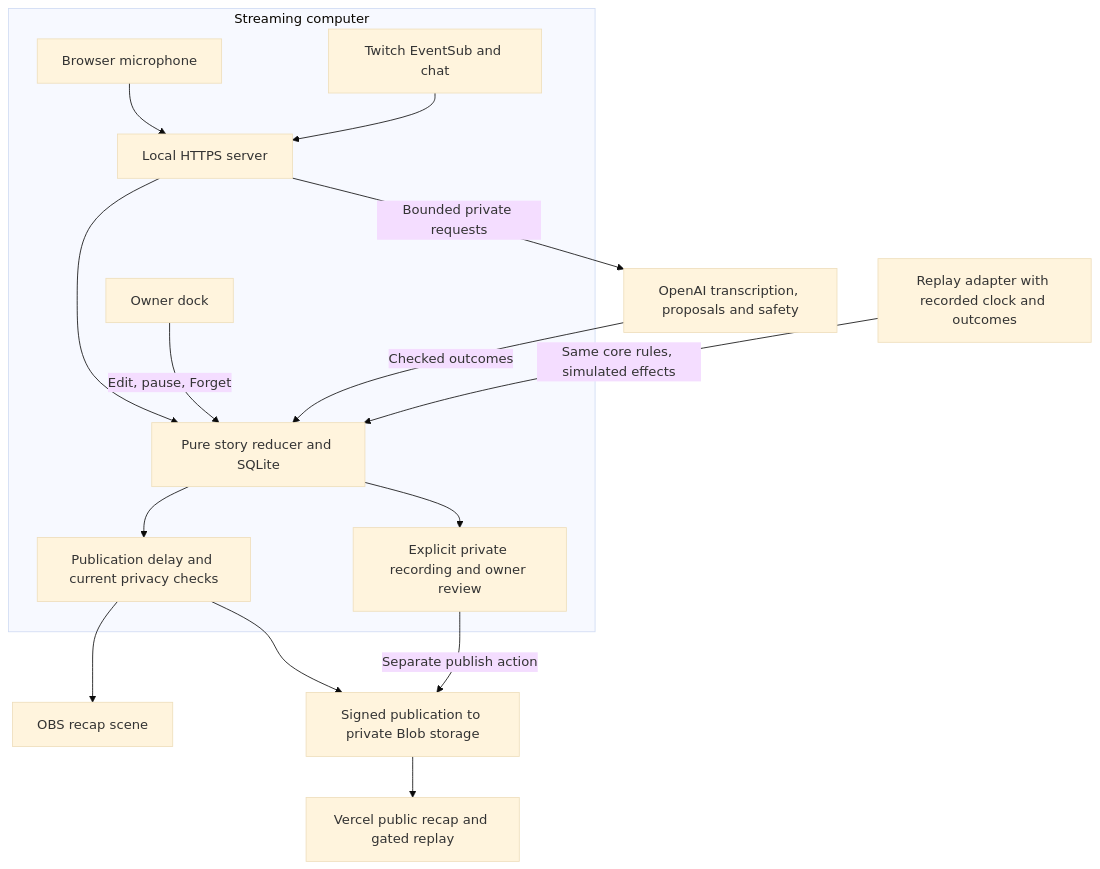
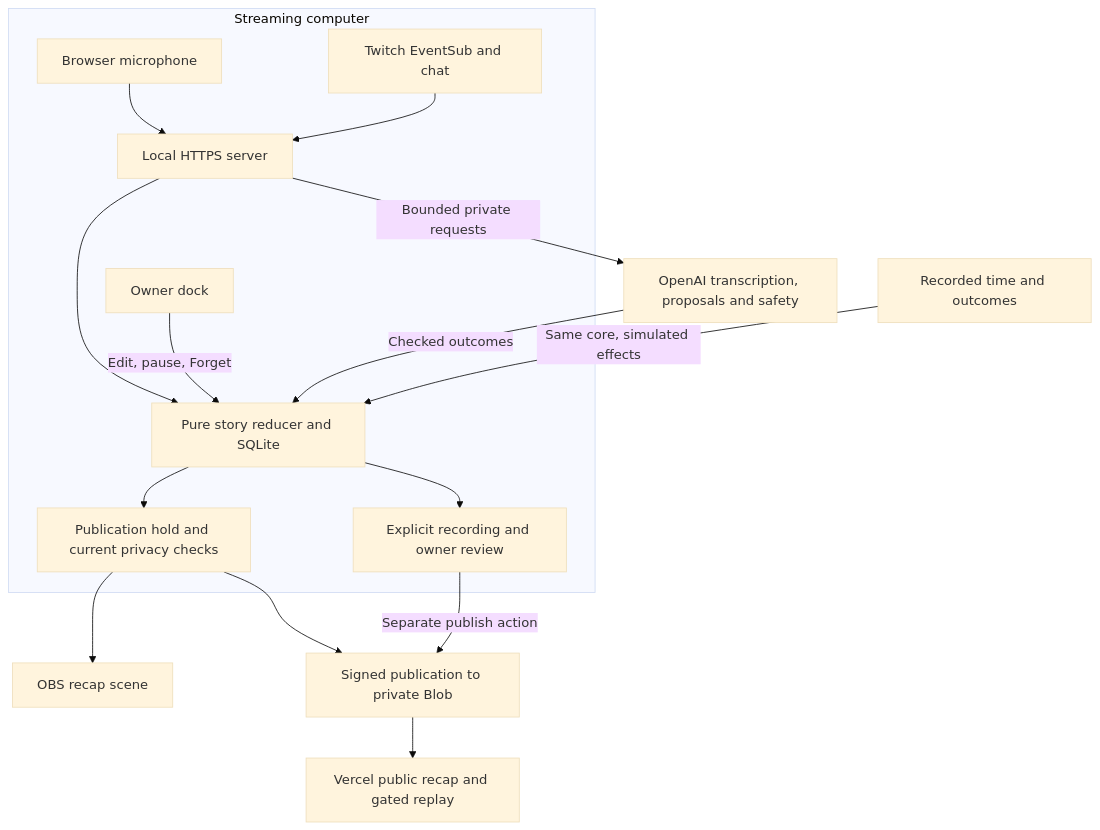
One commit to DarinaX2005X/previously-codex-twitchcon-project changed the diagram in README.md. Above: the diagram before and after it, drawn with Mermaid (base theme). The commit also changed other lines of this file and 6 other files, not shown here.

````diff
--- a/README.md
+++ b/README.md
@@ -66,18 +218,18 @@
 ```mermaid
 flowchart TD
   subgraph Computer[Streaming computer]
     Mic[Browser microphone] --> Local[Local HTTPS server]
     Twitch[Twitch EventSub and chat] --> Local
     Local --> State[Pure story reducer and SQLite]
     Dock[Owner dock] -->|Edit, pause, Forget| State
-    State --> Gate[Publication delay and current privacy checks]
-    State --> Capture[Explicit private recording and owner review]
+    State --> Gate[Publication hold and current privacy checks]
+    State --> Capture[Explicit recording and owner review]
   end
   Local -->|Bounded private requests| OpenAI[OpenAI transcription, proposals and safety]
   OpenAI -->|Checked outcomes| State
   Gate --> OBS[OBS recap scene]
-  Gate --> Cloud[Signed publication to private Blob storage]
+  Gate --> Cloud[Signed publication to private Blob]
   Capture -->|Separate publish action| Cloud
   Cloud --> Viewer[Vercel public recap and gated replay]
-  Replay[Replay adapter with recorded clock and outcomes] -->|Same core rules, simulated effects| State
+  Replay[Recorded time and outcomes] -->|Same core, simulated effects| State
 ```
````
